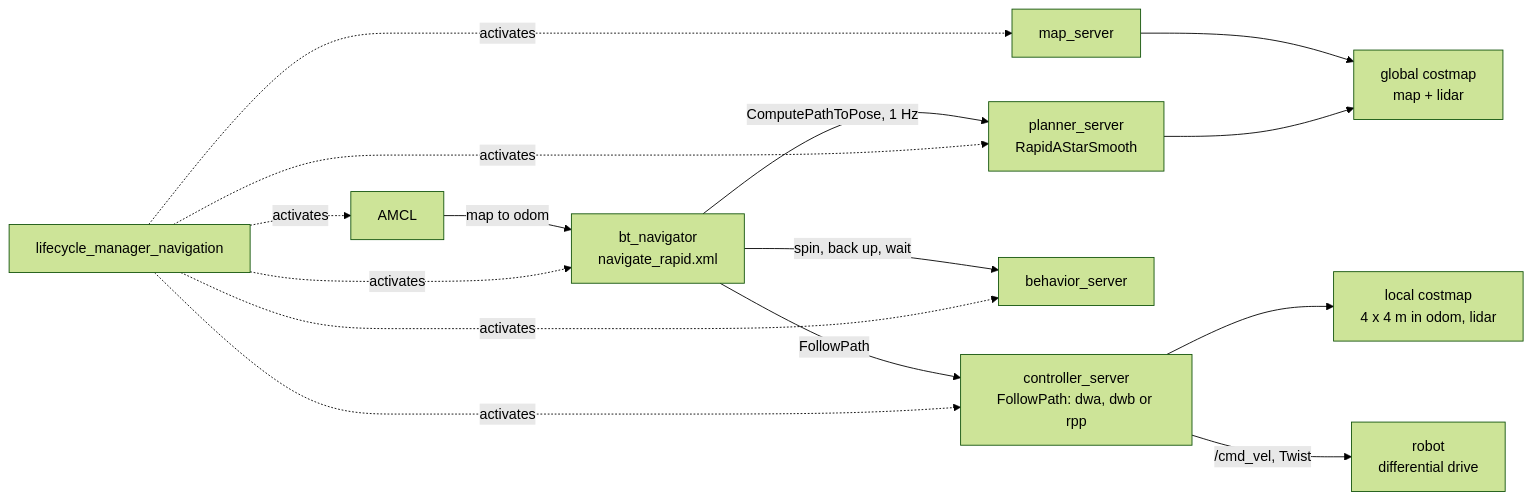
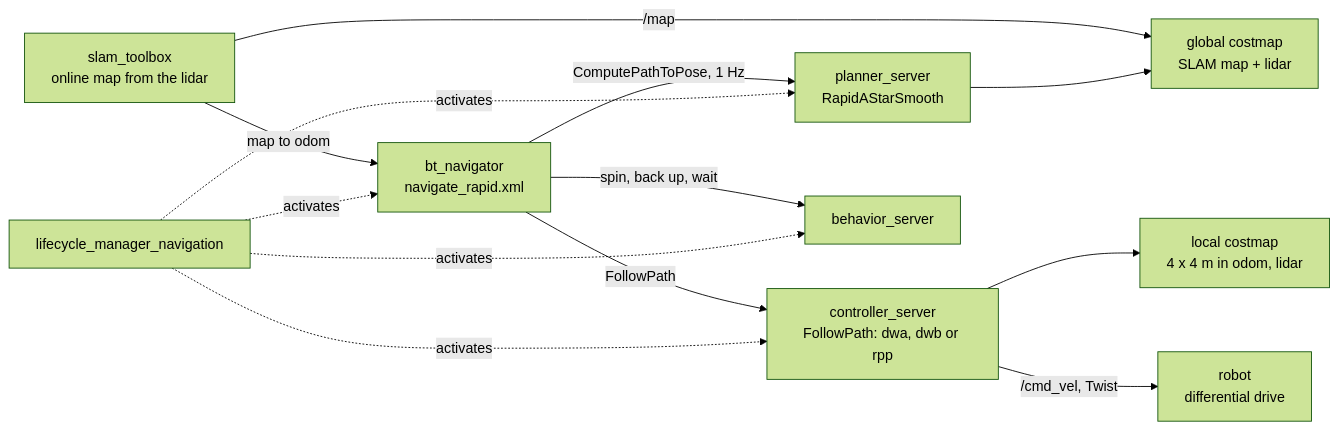
Before and after one commit to harsh-vsharma/rapid-nav: the diagram in docs/navigation.md, drawn with Mermaid (forest theme). The commit also changed other lines of this file and 58 other files, not shown here.

First line of the commit message:
Add online SLAM demo with dynamic scan filtering

````diff
--- a/docs/navigation.md
+++ b/docs/navigation.md
@@ -10,17 +10,15 @@
 ```mermaid
 flowchart LR
   BT["bt_navigator<br/>navigate_rapid.xml"] -->|ComputePathToPose, 1 Hz| PS["planner_server<br/>RapidAStarSmooth"]
   BT -->|FollowPath| CS["controller_server<br/>FollowPath: dwa, dwb or rpp"]
   BT -->|spin, back up, wait| BS["behavior_server"]
-  MS["map_server"] --> GC["global costmap<br/>map + lidar"]
-  AMCL["AMCL"] -->|map to odom| BT
+  SLAM["slam_toolbox<br/>online map from the lidar"] -->|/map| GC["global costmap<br/>SLAM map + lidar"]
+  SLAM -->|map to odom| BT
   PS --> GC
   CS --> LC["local costmap<br/>4 x 4 m in odom, lidar"]
   CS -->|/cmd_vel, Twist| ROBOT["robot<br/>differential drive"]
-  LM["lifecycle_manager_navigation"] -. activates .-> MS
-  LM -. activates .-> AMCL
-  LM -. activates .-> PS
+  LM["lifecycle_manager_navigation"] -. activates .-> PS
   LM -. activates .-> CS
   LM -. activates .-> BS
   LM -. activates .-> BT
 ```
````
